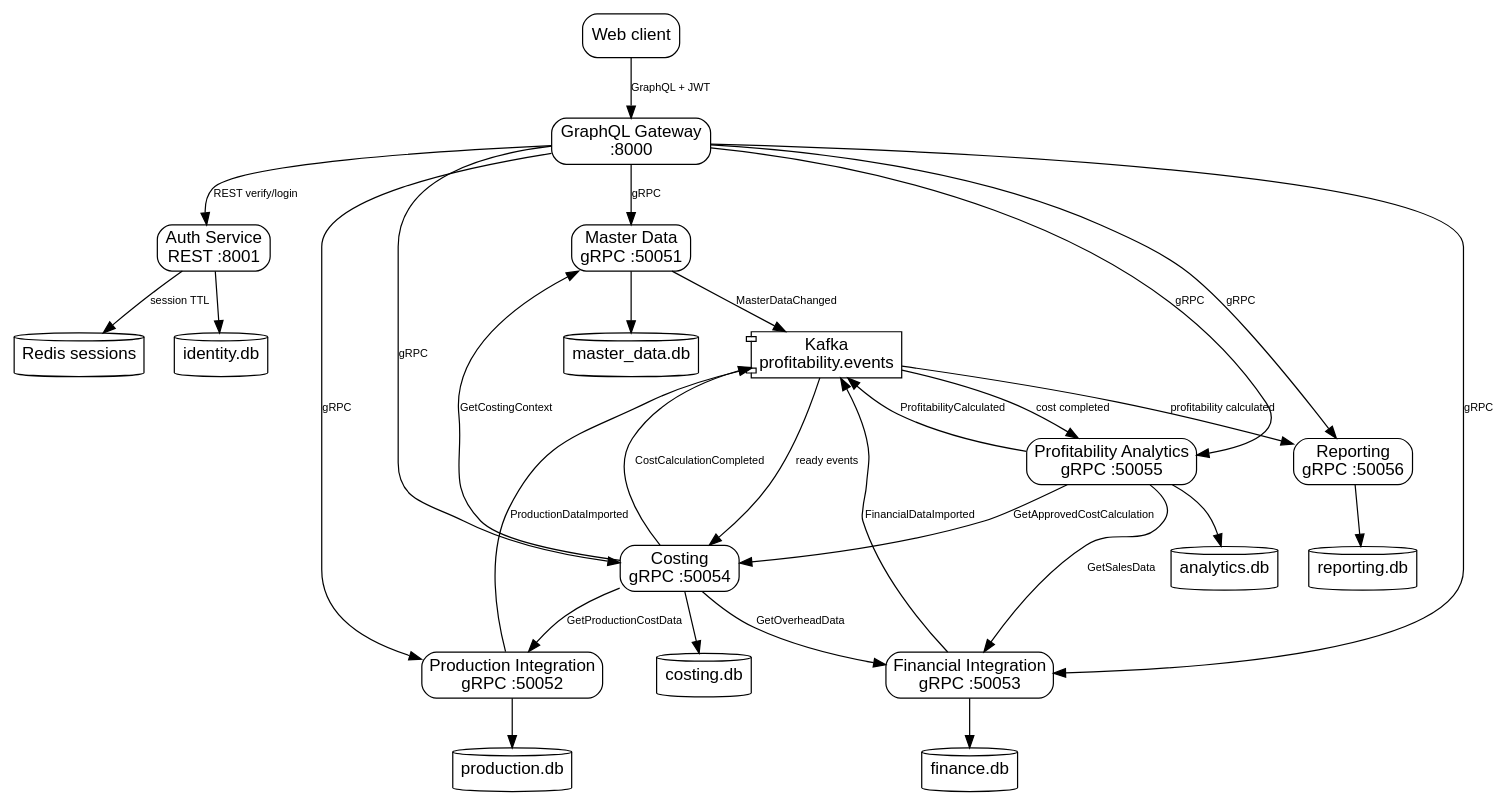
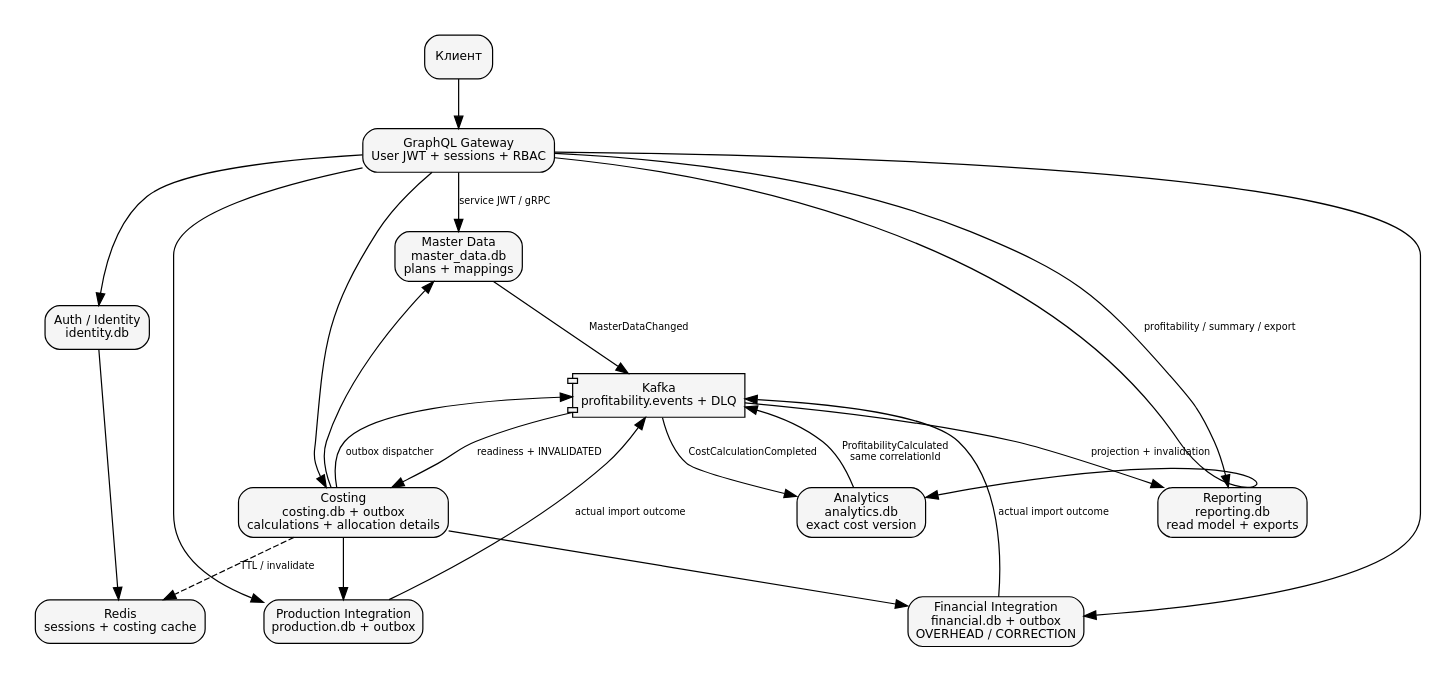
Before and after one commit to burbble/iisik: the diagram in docs/architecture.dot, drawn with Graphviz. The commit also changed 12 other files, not shown here.

First line of the commit message:
docs: describe corrected architecture and verification scenarios

```diff
--- a/docs/architecture.dot
+++ b/docs/architecture.dot
@@ -1,61 +1,22 @@
-digraph G {
-  graph [rankdir=TB, bgcolor="white", fontname="Arial", nodesep=0.35, ranksep=0.55];
-  node [shape=box, style="rounded", color="black", fontcolor="black", fontname="Arial"];
-  edge [color="black", fontcolor="black", fontname="Arial", fontsize=9];
-
-  client [label="Web client"];
-  gateway [label="GraphQL Gateway\n:8000"];
-  auth [label="Auth Service\nREST :8001"];
-  redis [label="Redis sessions", shape=cylinder];
-
-  master [label="Master Data\ngRPC :50051"];
-  production [label="Production Integration\ngRPC :50052"];
-  financial [label="Financial Integration\ngRPC :50053"];
-  costing [label="Costing\ngRPC :50054"];
-  analytics [label="Profitability Analytics\ngRPC :50055"];
-  reporting [label="Reporting\ngRPC :50056"];
-  kafka [label="Kafka\nprofitability.events", shape=component];
-
-  masterdb [label="master_data.db", shape=cylinder];
-  productiondb [label="production.db", shape=cylinder];
-  financedb [label="finance.db", shape=cylinder];
-  costingdb [label="costing.db", shape=cylinder];
-  analyticsdb [label="analytics.db", shape=cylinder];
-  reportingdb [label="reporting.db", shape=cylinder];
-  identitydb [label="identity.db", shape=cylinder];
-
-  client -> gateway [label="GraphQL + JWT"];
-  gateway -> auth [label="REST verify/login"];
-  auth -> redis [label="session TTL"];
-  auth -> identitydb;
-
-  gateway -> master [label="gRPC"];
-  gateway -> production [label="gRPC"];
-  gateway -> financial [label="gRPC"];
-  gateway -> costing [label="gRPC"];
-  gateway -> analytics [label="gRPC"];
-  gateway -> reporting [label="gRPC"];
-
-  costing -> master [label="GetCostingContext"];
-  costing -> production [label="GetProductionCostData"];
-  costing -> financial [label="GetOverheadData"];
-  analytics -> costing [label="GetApprovedCostCalculation"];
-  analytics -> financial [label="GetSalesData"];
-
-  master -> masterdb;
-  production -> productiondb;
-  financial -> financedb;
-  costing -> costingdb;
-  analytics -> analyticsdb;
-  reporting -> reportingdb;
-
-  master -> kafka [label="MasterDataChanged"];
-  production -> kafka [label="ProductionDataImported"];
-  financial -> kafka [label="FinancialDataImported"];
-  costing -> kafka [label="CostCalculationCompleted"];
-  analytics -> kafka [label="ProfitabilityCalculated"];
-
-  kafka -> costing [label="ready events"];
-  kafka -> analytics [label="cost completed"];
-  kafka -> reporting [label="profitability calculated"];
+digraph Architecture {
+ graph [rankdir=TB, bgcolor="white", pad=0.3, nodesep=0.4, ranksep=0.55];
+ node [shape=box, style="rounded,filled", fillcolor="#f5f5f5", fontname="DejaVu Sans", fontsize=10];
+ edge [fontname="DejaVu Sans", fontsize=8];
+ client [label="Клиент"]; gateway [label="GraphQL Gateway\nUser JWT + sessions + RBAC"];
+ auth [label="Auth / Identity\nidentity.db"]; redis [label="Redis\nsessions + costing cache"];
+ master [label="Master Data\nmaster_data.db\nplans + mappings"];
+ production [label="Production Integration\nproduction.db + outbox"];
+ financial [label="Financial Integration\nfinancial.db + outbox\nOVERHEAD / CORRECTION"];
+ costing [label="Costing\ncosting.db + outbox\ncalculations + allocation details"];
+ analytics [label="Analytics\nanalytics.db\nexact cost version"];
+ reporting [label="Reporting\nreporting.db\nread model + exports"];
+ kafka [label="Kafka\nprofitability.events + DLQ",shape=component];
+ client -> gateway; gateway -> auth; auth -> redis;
+ gateway -> master [label="service JWT / gRPC"]; gateway -> production; gateway -> financial;
+ gateway -> costing; gateway -> analytics; gateway -> reporting [label="profitability / summary / export"];
+ costing -> master; costing -> production; costing -> financial; costing -> redis [style=dashed,label="TTL / invalidate"];
+ production -> kafka [label="actual import outcome"]; financial -> kafka [label="actual import outcome"];
+ master -> kafka [label="MasterDataChanged"]; costing -> kafka [label="outbox dispatcher"];
+ kafka -> costing [label="readiness + INVALIDATED"]; kafka -> analytics [label="CostCalculationCompleted"];
+ analytics -> kafka [label="ProfitabilityCalculated\nsame correlationId"]; kafka -> reporting [label="projection + invalidation"];
 }
```
